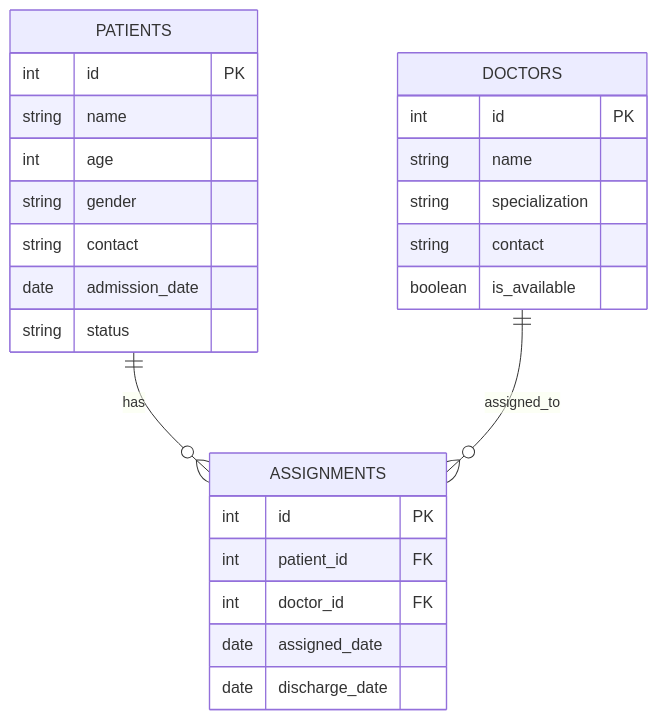
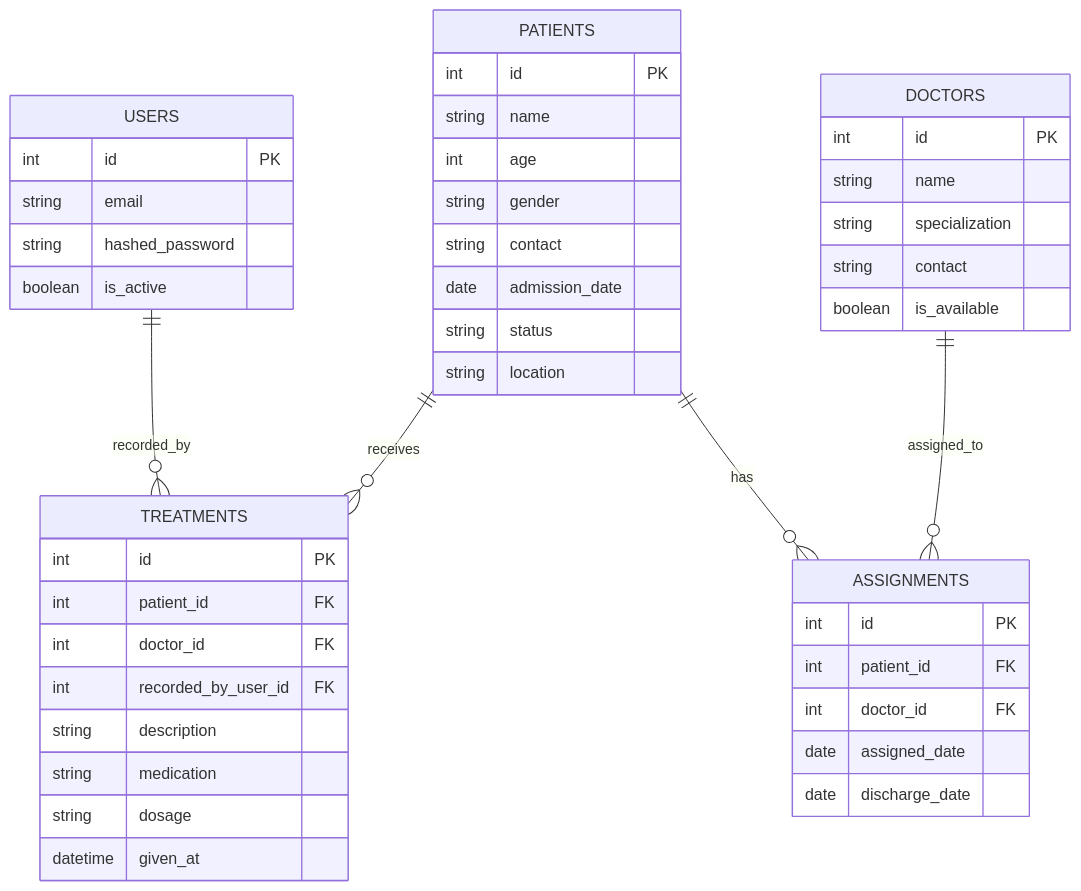
The diagram in advanced/4_backend_development/3_full_stack_e2e.md (FS-G/AI_and_DataScince_Module), drawn with Mermaid before and after one commit. The commit also changed other lines of this file and 1 other file, not shown here.

````diff
--- a/advanced/4_backend_development/3_full_stack_e2e.md
+++ b/advanced/4_backend_development/3_full_stack_e2e.md
@@ -19,31 +22,52 @@
 ```mermaid
 erDiagram
+    USERS ||--o{ TREATMENTS : "recorded_by"
     PATIENTS ||--o{ ASSIGNMENTS : "has"
     DOCTORS ||--o{ ASSIGNMENTS : "assigned_to"
-    
+    PATIENTS ||--o{ TREATMENTS : "receives"
+
+    USERS {
+        int id PK
+        string email
+        string hashed_password
+        boolean is_active
+    }
+
     PATIENTS {
         int id PK
         string name
         int age
         string gender
         string contact
         date admission_date
         string status
+        string location
     }
     
     DOCTORS {
         int id PK
         string name
         string specialization
         string contact
         boolean is_available
     }
     
     ASSIGNMENTS {
         int id PK
         int patient_id FK
         int doctor_id FK
         date assigned_date
         date discharge_date
     }
+
+    TREATMENTS {
+        int id PK
+        int patient_id FK
+        int doctor_id FK
+        int recorded_by_user_id FK
+        string description
+        string medication
+        string dosage
+        datetime given_at
+    }
 ```
````
